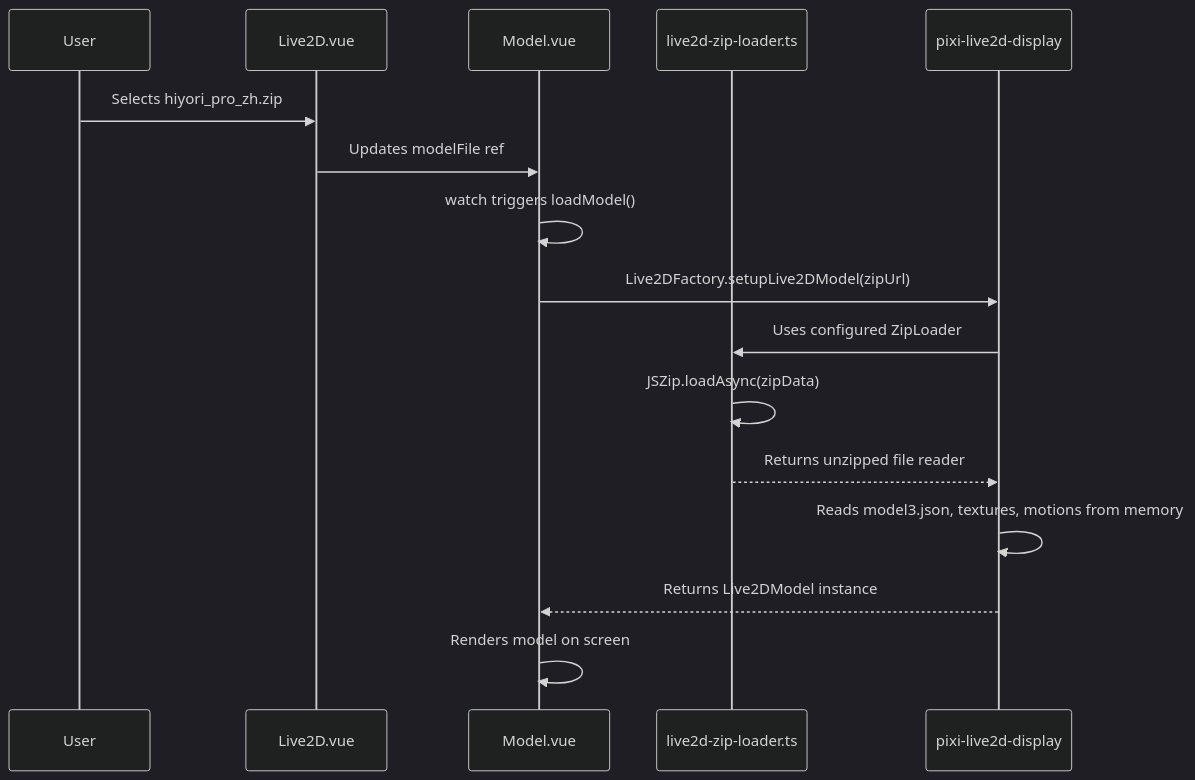
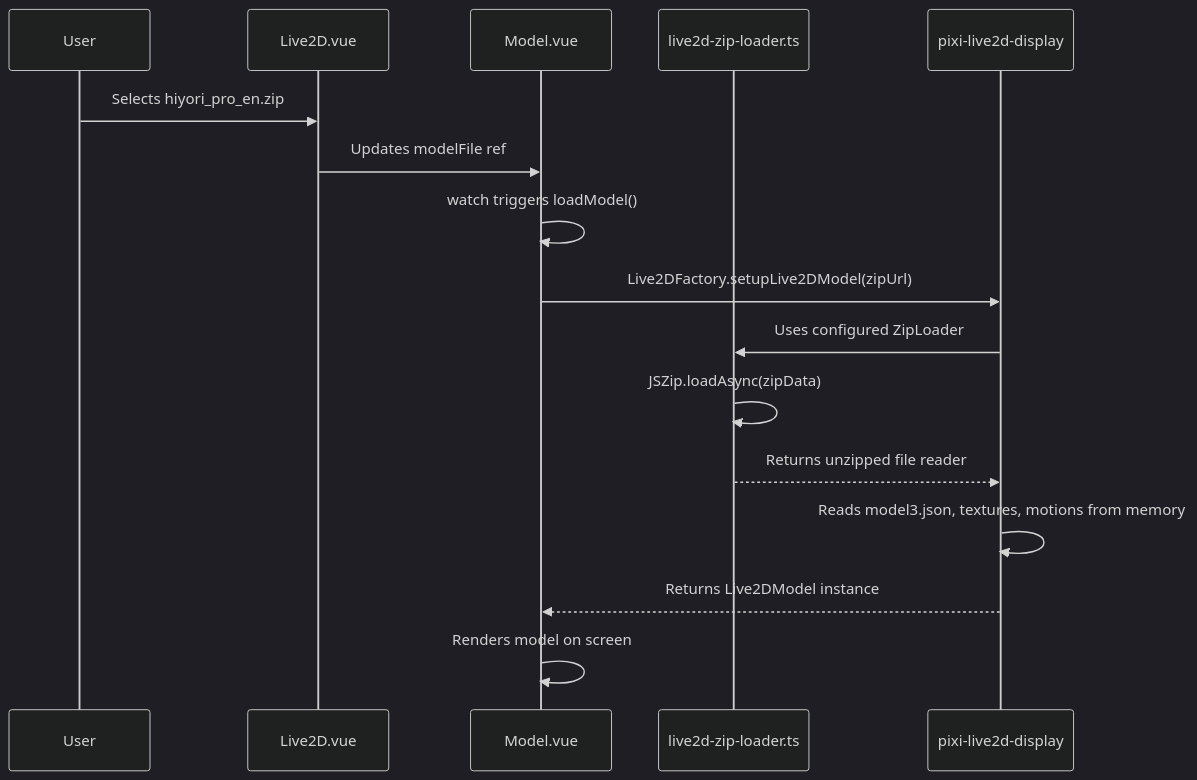
One commit to gemini-chan/gemini-chan.github.io changed the diagram in .roo/specs/live2d-visualization/inspirations/airi/live2d-analysis-3.md. Above: the diagram before and after it, drawn with Mermaid (dark theme). The commit also changed other lines of this file and 3 other files, not shown here.

````diff
--- a/.roo/specs/live2d-visualization/inspirations/airi/live2d-analysis-3.md
+++ b/.roo/specs/live2d-visualization/inspirations/airi/live2d-analysis-3.md
@@ -38,19 +38,19 @@
 ```mermaid
 sequenceDiagram
     participant User
     participant Live2D.vue
     participant Model.vue
     participant live2d-zip-loader.ts
     participant pixi-live2d-display
 
-    User->>Live2D.vue: Selects hiyori_pro_zh.zip
+    User->>Live2D.vue: Selects hiyori_pro_en.zip
     Live2D.vue->>Model.vue: Updates modelFile ref
     Model.vue->>Model.vue: watch triggers loadModel()
     Model.vue->>pixi-live2d-display: Live2DFactory.setupLive2DModel(zipUrl)
     pixi-live2d-display->>live2d-zip-loader.ts: Uses configured ZipLoader
     live2d-zip-loader.ts->>live2d-zip-loader.ts: JSZip.loadAsync(zipData)
     live2d-zip-loader.ts-->>pixi-live2d-display: Returns unzipped file reader
     pixi-live2d-display->>pixi-live2d-display: Reads model3.json, textures, motions from memory
     pixi-live2d-display-->>Model.vue: Returns Live2DModel instance
     Model.vue->>Model.vue: Renders model on screen
 ```
````
